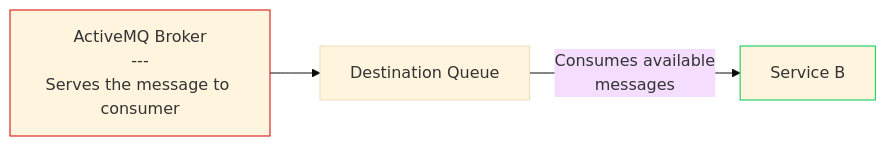
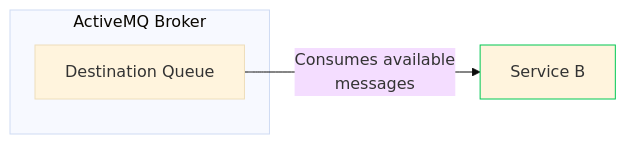
The second of 5 diagrams in tasks/Task_4.md (Waleed2660/springboot-learning-kit), drawn with Mermaid (base theme) before and after one commit. The commit also changed other lines of this file and 1 other file, not shown here.

Commit message:
updated task 3 mermaid diagrams

````diff
--- a/tasks/Task_4.md
+++ b/tasks/Task_4.md
@@ -35,7 +38,9 @@
 ```mermaid
 flowchart LR
-    B["ActiveMQ Broker<br>---<br>Serves the message to consumer"] --> C["Destination Queue"]
-    C -- Consumes available <br/> messages --> D["Service B"]
-    style B stroke:#D50000
-    style D stroke:#00C853
+    A["Destination Queue"]
+    A -- Consumes available <br/> messages --> B["Service B"]
+    subgraph "ActiveMQ Broker"
+        A
+    end
+    style B stroke:#00C853
 ```
````
